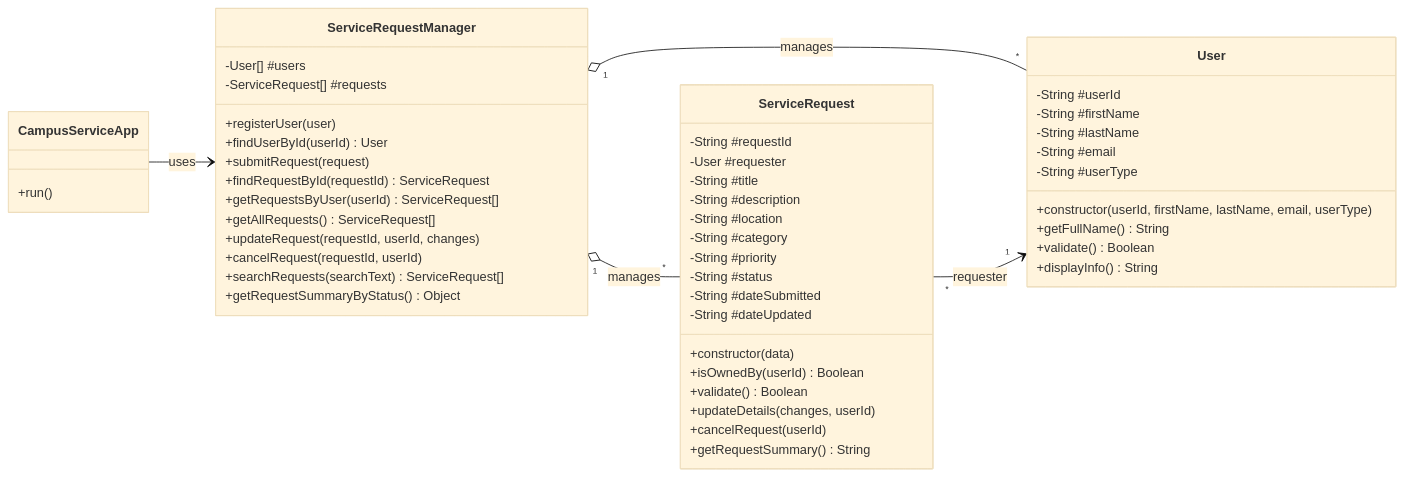
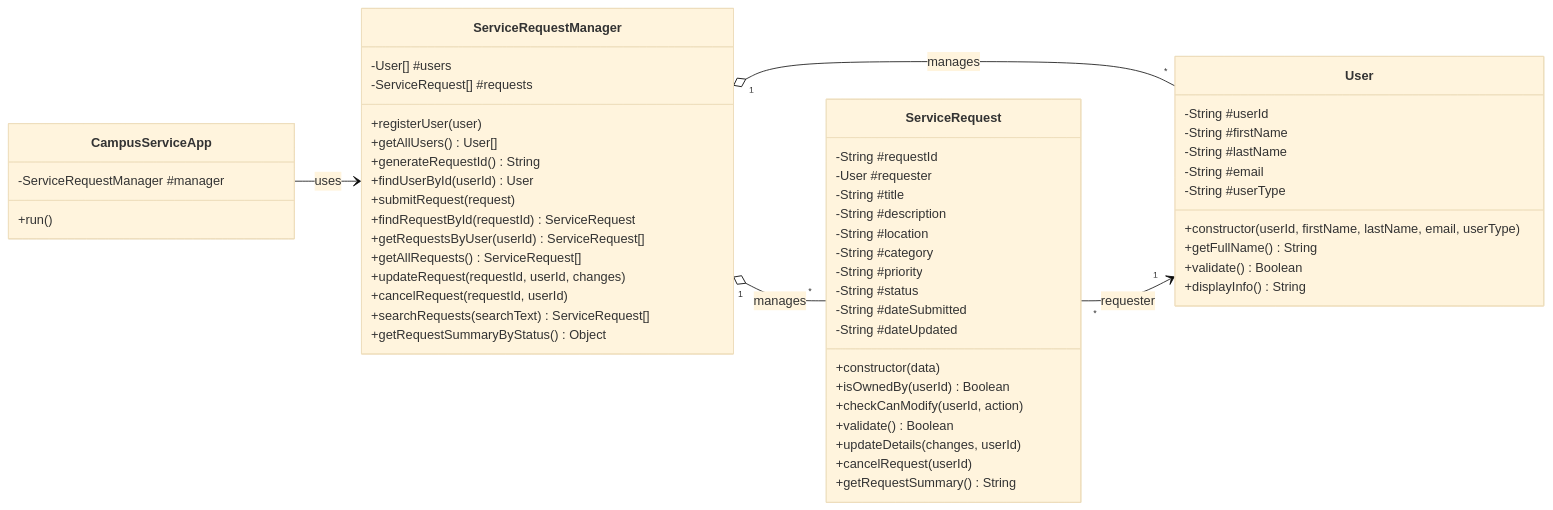
Before and after one commit to PhileKIRA/IS305-DWU220538: the diagram in AT3_CampusServiceRequestSystem/docs/uml/class-diagram-initial.mmd, drawn with Mermaid (base theme). The commit also changed 5 other files, not shown here.

Commit message:
Complete Pass checkpoint: update README, class diagram and screenshots

```diff
--- a/AT3_CampusServiceRequestSystem/docs/uml/class-diagram-initial.mmd
+++ b/AT3_CampusServiceRequestSystem/docs/uml/class-diagram-initial.mmd
@@ -1,52 +1,56 @@
 classDiagram
     direction LR
     class User {
         -String #userId
         -String #firstName
         -String #lastName
         -String #email
         -String #userType
         +constructor(userId, firstName, lastName, email, userType)
         +getFullName() String
         +validate() Boolean
         +displayInfo() String
     }
     class ServiceRequest {
         -String #requestId
         -User #requester
         -String #title
         -String #description
         -String #location
         -String #category
         -String #priority
         -String #status
         -String #dateSubmitted
         -String #dateUpdated
         +constructor(data)
         +isOwnedBy(userId) Boolean
+        +checkCanModify(userId, action)
         +validate() Boolean
         +updateDetails(changes, userId)
         +cancelRequest(userId)
         +getRequestSummary() String
     }
     class ServiceRequestManager {
         -User[] #users
         -ServiceRequest[] #requests
         +registerUser(user)
+        +getAllUsers() User[]
+        +generateRequestId() String
         +findUserById(userId) User
         +submitRequest(request)
         +findRequestById(requestId) ServiceRequest
         +getRequestsByUser(userId) ServiceRequest[]
         +getAllRequests() ServiceRequest[]
         +updateRequest(requestId, userId, changes)
         +cancelRequest(requestId, userId)
         +searchRequests(searchText) ServiceRequest[]
         +getRequestSummaryByStatus() Object
     }
     class CampusServiceApp {
+        -ServiceRequestManager #manager
         +run()
     }
     CampusServiceApp --> ServiceRequestManager : uses
     ServiceRequestManager "1" o-- "*" User : manages
     ServiceRequestManager "1" o-- "*" ServiceRequest : manages
     ServiceRequest "*" --> "1" User : requester
```
